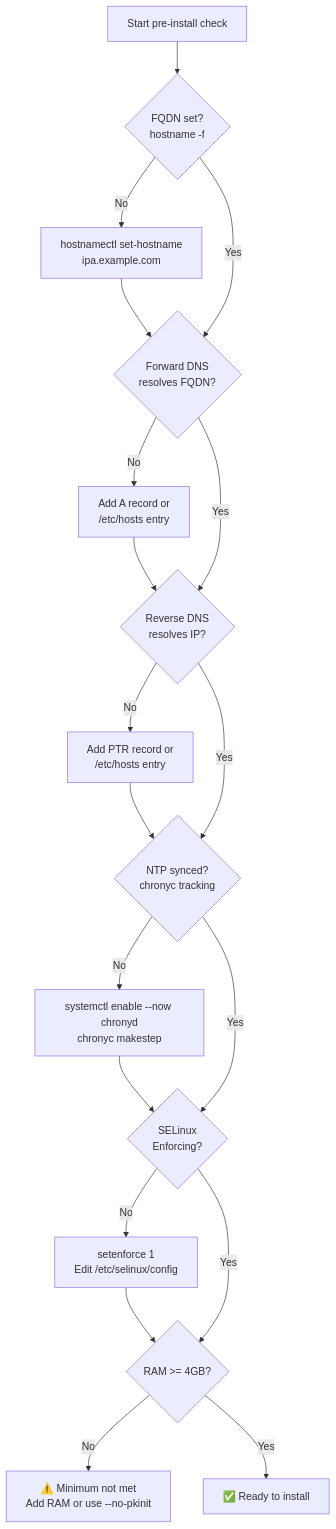
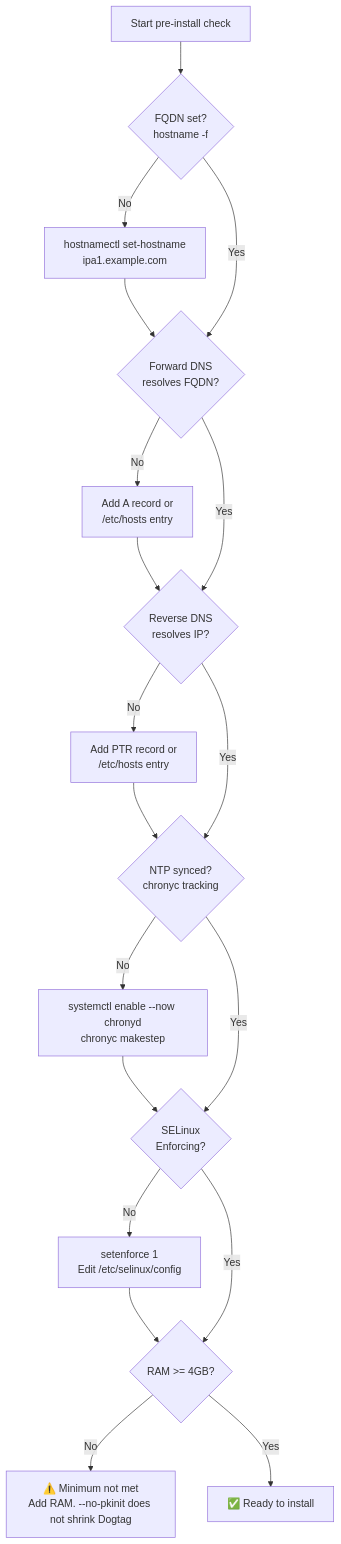
The first of 4 diagrams in 02_installation.md (UncleJS/course_FreeIPA), drawn with Mermaid before and after one commit. The commit also changed other lines of this file and 24 other files, not shown here.

````diff
--- a/02_installation.md
+++ b/02_installation.md
@@ -54,21 +54,21 @@
 ```mermaid
 flowchart TD
     A[Start pre-install check] --> B{"FQDN set?<br/>hostname -f"}
-    B -->|No| B1["hostnamectl set-hostname<br/>ipa.example.com"]
+    B -->|No| B1["hostnamectl set-hostname<br/>ipa1.example.com"]
     B1 --> C
     B -->|Yes| C{"Forward DNS<br/>resolves FQDN?"}
     C -->|No| C1["Add A record or<br/>/etc/hosts entry"]
     C1 --> D
     C -->|Yes| D{"Reverse DNS<br/>resolves IP?"}
     D -->|No| D1["Add PTR record or<br/>/etc/hosts entry"]
     D1 --> E
     D -->|Yes| E{"NTP synced?<br/>chronyc tracking"}
     E -->|No| E1["systemctl enable --now chronyd<br/>chronyc makestep"]
     E1 --> F
     E -->|Yes| F{"SELinux<br/>Enforcing?"}
     F -->|No| F1["setenforce 1<br/>Edit /etc/selinux/config"]
     F1 --> G
     F -->|Yes| G{RAM >= 4GB?}
-    G -->|No| G1["⚠️ Minimum not met<br/>Add RAM or use --no-pkinit"]
+    G -->|No| G1["⚠️ Minimum not met<br/>Add RAM. --no-pkinit does not shrink Dogtag"]
     G -->|Yes| H[✅ Ready to install]
 ```
````
